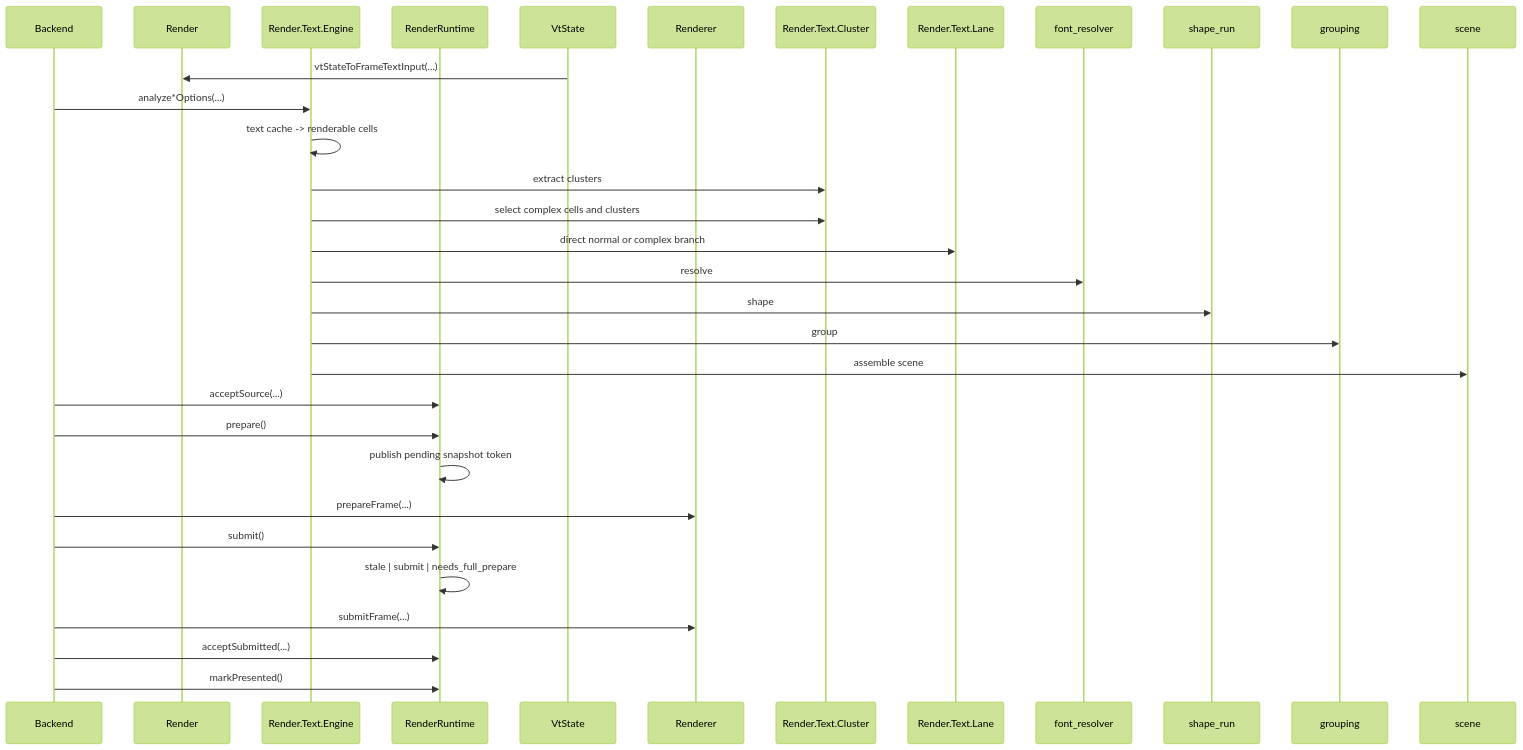
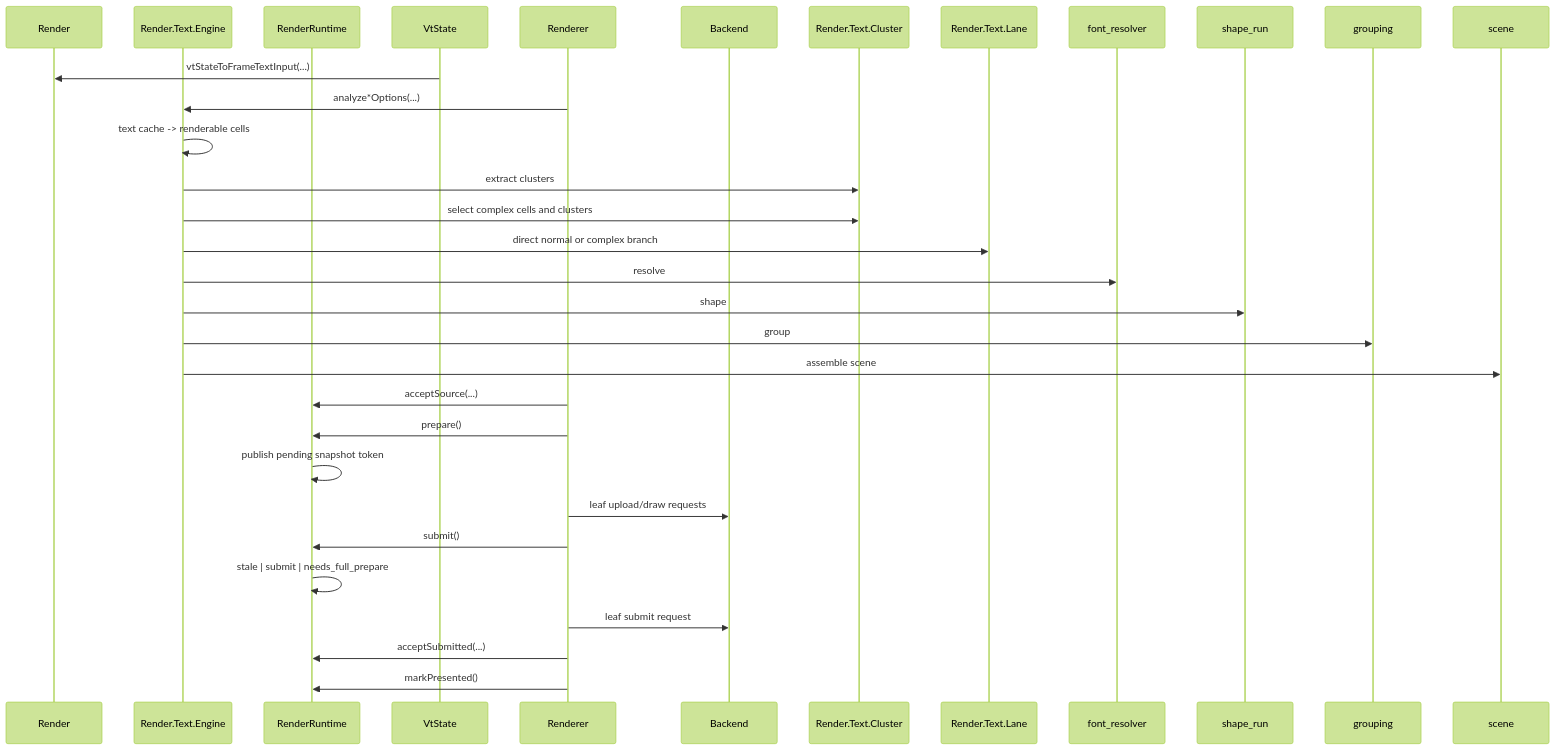
One commit to LaurenceGuws/howl-render-core changed the third of 3 diagrams in design.md. Above: the diagram before and after it, drawn with Mermaid (forest theme). The commit also changed other lines of this file and 1 other file, not shown here.

Commit message:
render: lock architecture inversion contract

````diff
--- a/design.md
+++ b/design.md
@@ -74,29 +75,29 @@
 ```mermaid
 sequenceDiagram
-    participant Backend
     participant RC as Render
     participant TE as Render.Text.Engine
     participant RR as RenderRuntime
     participant VT as VtState
     participant Renderer
+    participant Backend
 
     VT->>RC: vtStateToFrameTextInput(...)
-    Backend->>TE: analyze*Options(...)
+    Renderer->>TE: analyze*Options(...)
     TE->>TE: text cache -> renderable cells
     TE->>Render.Text.Cluster: extract clusters
     TE->>Render.Text.Cluster: select complex cells and clusters
     TE->>Render.Text.Lane: direct normal or complex branch
     TE->>font_resolver: resolve
     TE->>shape_run: shape
     TE->>grouping: group
     TE->>scene: assemble scene
-    Backend->>RR: acceptSource(...)
-    Backend->>RR: prepare()
+    Renderer->>RR: acceptSource(...)
+    Renderer->>RR: prepare()
     RR->>RR: publish pending snapshot token
-    Backend->>Renderer: prepareFrame(...)
-    Backend->>RR: submit()
+    Renderer->>Backend: leaf upload/draw requests
+    Renderer->>RR: submit()
     RR->>RR: stale | submit | needs_full_prepare
-    Backend->>Renderer: submitFrame(...)
-    Backend->>RR: acceptSubmitted(...)
-    Backend->>RR: markPresented()
+    Renderer->>Backend: leaf submit request
+    Renderer->>RR: acceptSubmitted(...)
+    Renderer->>RR: markPresented()
 ```
````
